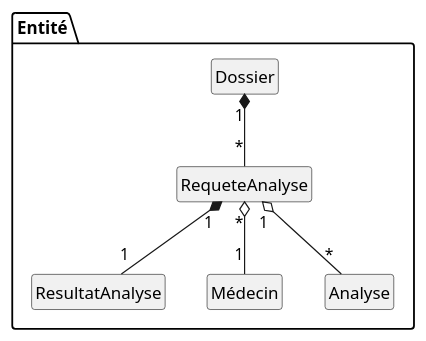
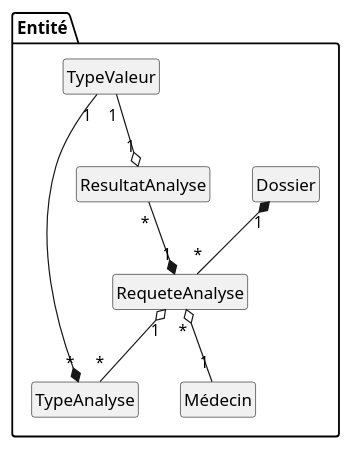
One commit to MainKarl/Rooftop changed the diagram in Docs/Analyse_Sanguine/1_Analyse/Abstractions.md. Above: the diagram before and after it, drawn with PlantUML. The commit also changed other lines of this file and 8 other files, not shown here.

Commit message:
Changement dans le schema

````diff
--- a/Docs/Analyse_Sanguine/1_Analyse/Abstractions.md
+++ b/Docs/Analyse_Sanguine/1_Analyse/Abstractions.md
@@ -5,19 +5,23 @@
 ```plantuml
 @startuml
 hide circle
 hide method
 hide attribute
 package Entité{
     class "Dossier" as file
     class "RequeteAnalyse" as analysisRequest
-    class "ResultatAnalyse" as analysisResult
     class "Médecin" as doctor
-    class "Analyse" as analyse
+    class "ResultatAnalyse" as valeurResultat
+    class "TypeValeur" as testType
+    class "TypeAnalyse" as TypeAnalyse
+    
 }
 
 file "1" *-- "*" analysisRequest
-analysisRequest "1" *-- "1" analysisResult
 analysisRequest "*" o-- "1" doctor
-analysisRequest "1" o-- "*" analyse
+valeurResultat "*" --* "1" analysisRequest
+testType "1" --o "1" valeurResultat
+testType "1" --* "*" TypeAnalyse
+analysisRequest "1" o-- "*" TypeAnalyse
 @enduml
 ```
````
